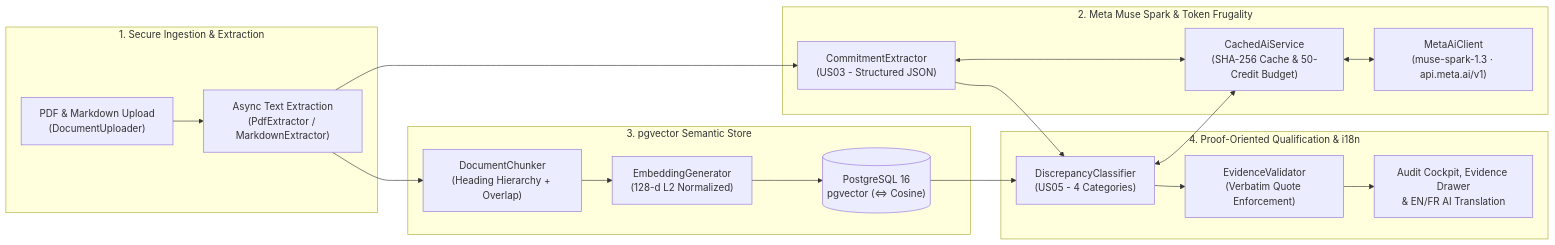
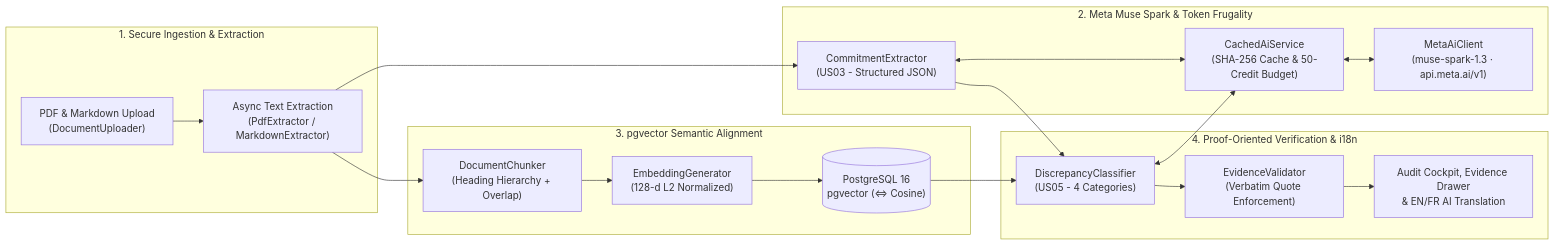
Before and after one commit to Gw3nhael51/promiseGap: the diagram in README.md, drawn with Mermaid. The commit also changed other lines of this file and 1 other file, not shown here.

Commit message:
docs: add hackathon contribution matrix and non-basic-RAG positioning in README and README_FR

````diff
--- a/README.md
+++ b/README.md
@@ -42,26 +62,26 @@
 ```mermaid
 flowchart LR
     subgraph Ingestion["1. Secure Ingestion & Extraction"]
         U["PDF & Markdown Upload\n(DocumentUploader)"] --> E["Async Text Extraction\n(PdfExtractor / MarkdownExtractor)"]
     end
 
     subgraph AI["2. Meta Muse Spark & Token Frugality"]
         E --> CE["CommitmentExtractor\n(US03 - Structured JSON)"]
         CE <--> C["CachedAiService\n(SHA-256 Cache & 50-Credit Budget)"]
         C <--> M["MetaAiClient\n(muse-spark-1.3 · api.meta.ai/v1)"]
     end
 
-    subgraph RAG["3. pgvector Semantic Store"]
+    subgraph RAG["3. pgvector Semantic Alignment"]
         E --> DC["DocumentChunker\n(Heading Hierarchy + Overlap)"]
         DC --> EG["EmbeddingGenerator\n(128-d L2 Normalized)"]
         EG --> PG[("PostgreSQL 16\npgvector (<=> Cosine)")]
     end
 
-    subgraph Qualification["4. Proof-Oriented Qualification & i18n"]
+    subgraph Qualification["4. Proof-Oriented Verification & i18n"]
         CE --> DQ["DiscrepancyClassifier\n(US05 - 4 Categories)"]
         PG --> DQ
         DQ <--> C
         DQ --> EV["EvidenceValidator\n(Verbatim Quote Enforcement)"]
         EV --> UI["Audit Cockpit, Evidence Drawer\n& EN/FR AI Translation"]
     end
 ```
````
